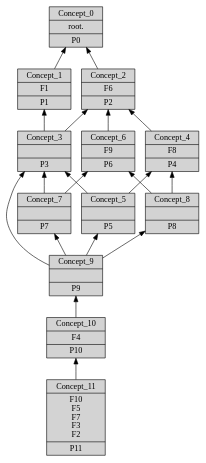
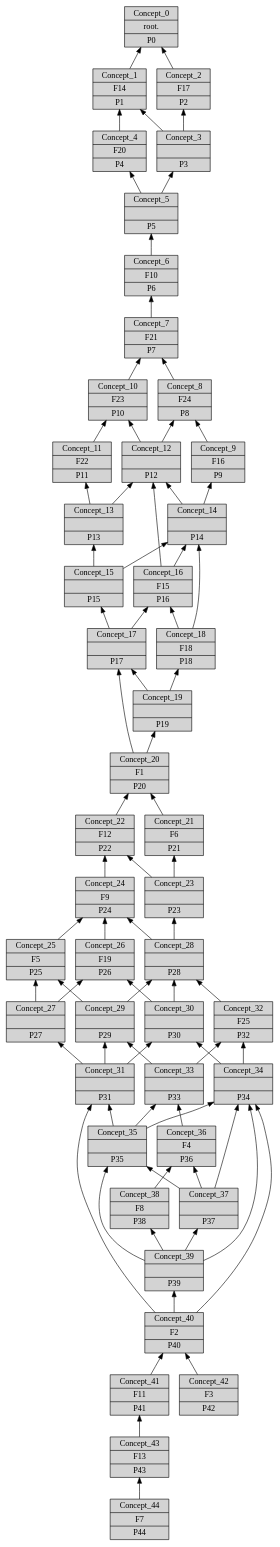
The diagram in refm-competition-ws/fr.inria.diverse.refm.competition.almsiedeen/Lattice dot/lattice.dot (jagalindo/puzzle-testing), drawn with Graphviz before and after one commit. The commit also changed 329 other files, not shown here.

```diff
--- a/refm-competition-ws/fr.inria.diverse.refm.competition.almsiedeen/Lattice dot/lattice.dot
+++ b/refm-competition-ws/fr.inria.diverse.refm.competition.almsiedeen/Lattice dot/lattice.dot
@@ -1,33 +1,121 @@
 digraph G { 
 	rankdir=BT;
-1897871865 [shape=record,style=filled,label="{Concept_0|root.\n|P0\n}"];
-1908143486 [shape=record,style=filled,label="{Concept_1|F1\n|P1\n}"];
-133250414 [shape=record,style=filled,label="{Concept_2|F6\n|P2\n}"];
-85777802 [shape=record,style=filled,label="{Concept_3||P3\n}"];
-222624801 [shape=record,style=filled,label="{Concept_4|F8\n|P4\n}"];
-603650290 [shape=record,style=filled,label="{Concept_5||P5\n}"];
-762227630 [shape=record,style=filled,label="{Concept_6|F9\n|P6\n}"];
-1316864772 [shape=record,style=filled,label="{Concept_7||P7\n}"];
-1685232414 [shape=record,style=filled,label="{Concept_8||P8\n}"];
-280744458 [shape=record,style=filled,label="{Concept_9||P9\n}"];
-1213216872 [shape=record,style=filled,label="{Concept_10|F4\n|P10\n}"];
-1754638213 [shape=record,style=filled,label="{Concept_11|F10\nF5\nF7\nF3\nF2\n|P11\n}"];
-	1908143486 -> 1897871865
-	133250414 -> 1897871865
-	85777802 -> 1908143486
-	85777802 -> 133250414
-	222624801 -> 133250414
-	603650290 -> 85777802
-	603650290 -> 222624801
-	762227630 -> 133250414
-	1316864772 -> 85777802
-	1316864772 -> 762227630
-	1685232414 -> 222624801
-	1685232414 -> 762227630
-	280744458 -> 85777802
-	280744458 -> 603650290
-	280744458 -> 1316864772
-	280744458 -> 1685232414
-	1213216872 -> 280744458
-	1754638213 -> 1213216872
+1720891078 [shape=record,style=filled,label="{Concept_0|root.\n|P0\n}"];
+483797427 [shape=record,style=filled,label="{Concept_1|F14\n|P1\n}"];
+1486726131 [shape=record,style=filled,label="{Concept_2|F17\n|P2\n}"];
+970419381 [shape=record,style=filled,label="{Concept_3||P3\n}"];
+1241569743 [shape=record,style=filled,label="{Concept_4|F20\n|P4\n}"];
+1731656333 [shape=record,style=filled,label="{Concept_5||P5\n}"];
+1384210339 [shape=record,style=filled,label="{Concept_6|F10\n|P6\n}"];
+1345401730 [shape=record,style=filled,label="{Concept_7|F21\n|P7\n}"];
+481511146 [shape=record,style=filled,label="{Concept_8|F24\n|P8\n}"];
+1275143523 [shape=record,style=filled,label="{Concept_9|F16\n|P9\n}"];
+346359559 [shape=record,style=filled,label="{Concept_10|F23\n|P10\n}"];
+1297189682 [shape=record,style=filled,label="{Concept_11|F22\n|P11\n}"];
+1272123492 [shape=record,style=filled,label="{Concept_12||P12\n}"];
+238816832 [shape=record,style=filled,label="{Concept_13||P13\n}"];
+849198527 [shape=record,style=filled,label="{Concept_14||P14\n}"];
+1934932165 [shape=record,style=filled,label="{Concept_15||P15\n}"];
+551016187 [shape=record,style=filled,label="{Concept_16|F15\n|P16\n}"];
+1324843695 [shape=record,style=filled,label="{Concept_17||P17\n}"];
+299413131 [shape=record,style=filled,label="{Concept_18|F18\n|P18\n}"];
+1201454821 [shape=record,style=filled,label="{Concept_19||P19\n}"];
+1508038883 [shape=record,style=filled,label="{Concept_20|F1\n|P20\n}"];
+728943498 [shape=record,style=filled,label="{Concept_21|F6\n|P21\n}"];
+2139788441 [shape=record,style=filled,label="{Concept_22|F12\n|P22\n}"];
+1564698139 [shape=record,style=filled,label="{Concept_23||P23\n}"];
+304715920 [shape=record,style=filled,label="{Concept_24|F9\n|P24\n}"];
+800735172 [shape=record,style=filled,label="{Concept_25|F5\n|P25\n}"];
+79644918 [shape=record,style=filled,label="{Concept_26|F19\n|P26\n}"];
+1107985860 [shape=record,style=filled,label="{Concept_27||P27\n}"];
+473524237 [shape=record,style=filled,label="{Concept_28||P28\n}"];
+1652764753 [shape=record,style=filled,label="{Concept_29||P29\n}"];
+478489615 [shape=record,style=filled,label="{Concept_30||P30\n}"];
+171421438 [shape=record,style=filled,label="{Concept_31||P31\n}"];
+1570358965 [shape=record,style=filled,label="{Concept_32|F25\n|P32\n}"];
+644052207 [shape=record,style=filled,label="{Concept_33||P33\n}"];
+330551672 [shape=record,style=filled,label="{Concept_34||P34\n}"];
+616881582 [shape=record,style=filled,label="{Concept_35||P35\n}"];
+939199469 [shape=record,style=filled,label="{Concept_36|F4\n|P36\n}"];
+176342513 [shape=record,style=filled,label="{Concept_37||P37\n}"];
+129498568 [shape=record,style=filled,label="{Concept_38|F8\n|P38\n}"];
+85748029 [shape=record,style=filled,label="{Concept_39||P39\n}"];
+1784131088 [shape=record,style=filled,label="{Concept_40|F2\n|P40\n}"];
+1986417638 [shape=record,style=filled,label="{Concept_41|F11\n|P41\n}"];
+1309129055 [shape=record,style=filled,label="{Concept_42|F3\n|P42\n}"];
+682910755 [shape=record,style=filled,label="{Concept_43|F13\n|P43\n}"];
+2143582219 [shape=record,style=filled,label="{Concept_44|F7\n|P44\n}"];
+	483797427 -> 1720891078
+	1486726131 -> 1720891078
+	970419381 -> 483797427
+	970419381 -> 1486726131
+	1241569743 -> 483797427
+	1731656333 -> 970419381
+	1731656333 -> 1241569743
+	1384210339 -> 1731656333
+	1345401730 -> 1384210339
+	481511146 -> 1345401730
+	1275143523 -> 481511146
+	346359559 -> 1345401730
+	1297189682 -> 346359559
+	1272123492 -> 481511146
+	1272123492 -> 346359559
+	238816832 -> 1297189682
+	238816832 -> 1272123492
+	849198527 -> 1275143523
+	849198527 -> 1272123492
+	1934932165 -> 238816832
+	1934932165 -> 849198527
+	551016187 -> 1272123492
+	551016187 -> 849198527
+	1324843695 -> 1934932165
+	1324843695 -> 551016187
+	299413131 -> 849198527
+	299413131 -> 551016187
+	1201454821 -> 1324843695
+	1201454821 -> 299413131
+	1508038883 -> 1324843695
+	1508038883 -> 1201454821
+	728943498 -> 1508038883
+	2139788441 -> 1508038883
+	1564698139 -> 728943498
+	1564698139 -> 2139788441
+	304715920 -> 2139788441
+	800735172 -> 304715920
+	79644918 -> 304715920
+	1107985860 -> 800735172
+	1107985860 -> 79644918
+	473524237 -> 1564698139
+	473524237 -> 304715920
+	1652764753 -> 800735172
+	1652764753 -> 473524237
+	478489615 -> 79644918
+	478489615 -> 473524237
+	171421438 -> 1107985860
+	171421438 -> 1652764753
+	171421438 -> 478489615
+	1570358965 -> 473524237
+	644052207 -> 1652764753
+	644052207 -> 1570358965
+	330551672 -> 478489615
+	330551672 -> 1570358965
+	616881582 -> 171421438
+	616881582 -> 644052207
+	616881582 -> 330551672
+	939199469 -> 644052207
+	176342513 -> 330551672
+	176342513 -> 616881582
+	176342513 -> 939199469
+	129498568 -> 939199469
+	85748029 -> 330551672
+	85748029 -> 616881582
+	85748029 -> 176342513
+	85748029 -> 129498568
+	1784131088 -> 171421438
+	1784131088 -> 330551672
+	1784131088 -> 85748029
+	1986417638 -> 1784131088
+	1309129055 -> 1784131088
+	682910755 -> 1986417638
+	2143582219 -> 682910755
 }
```
